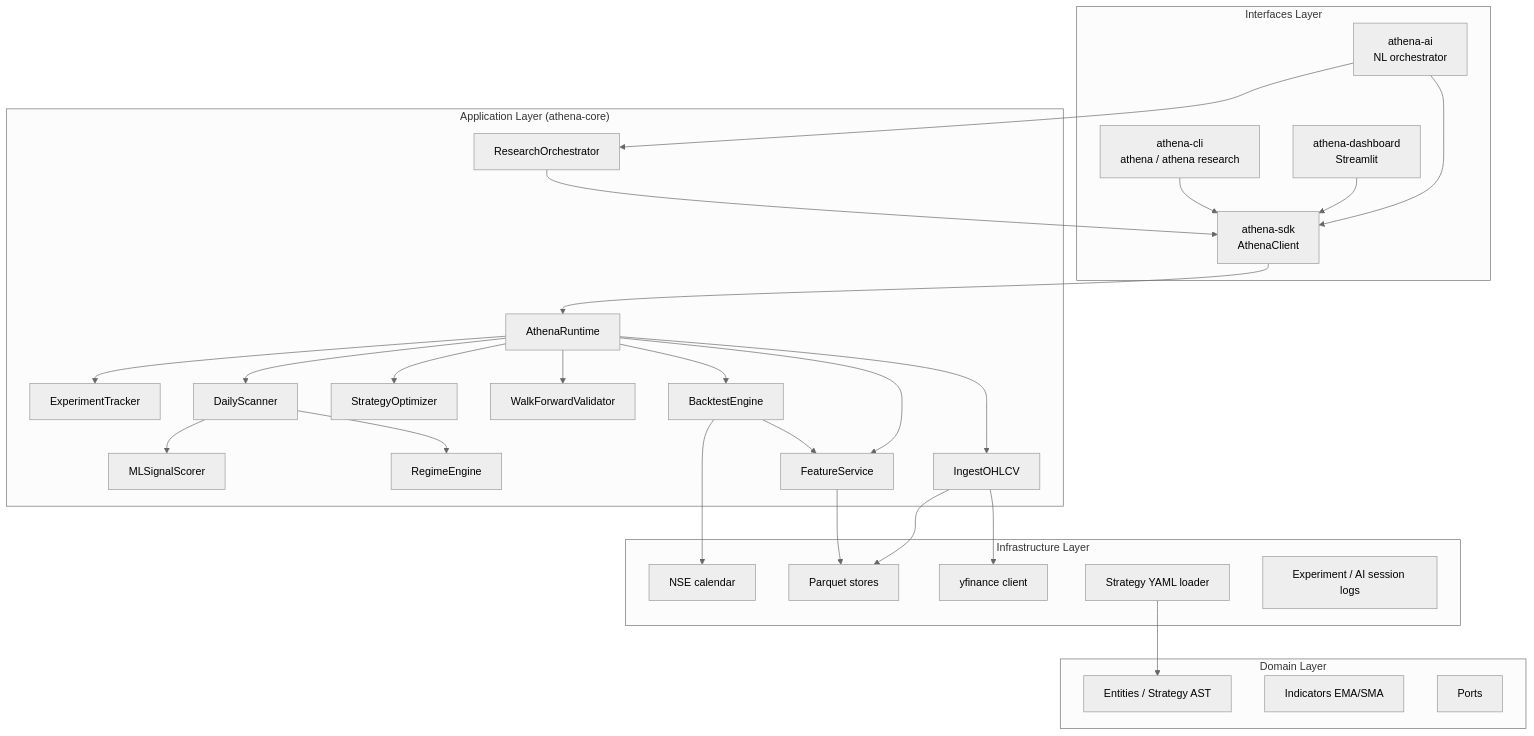
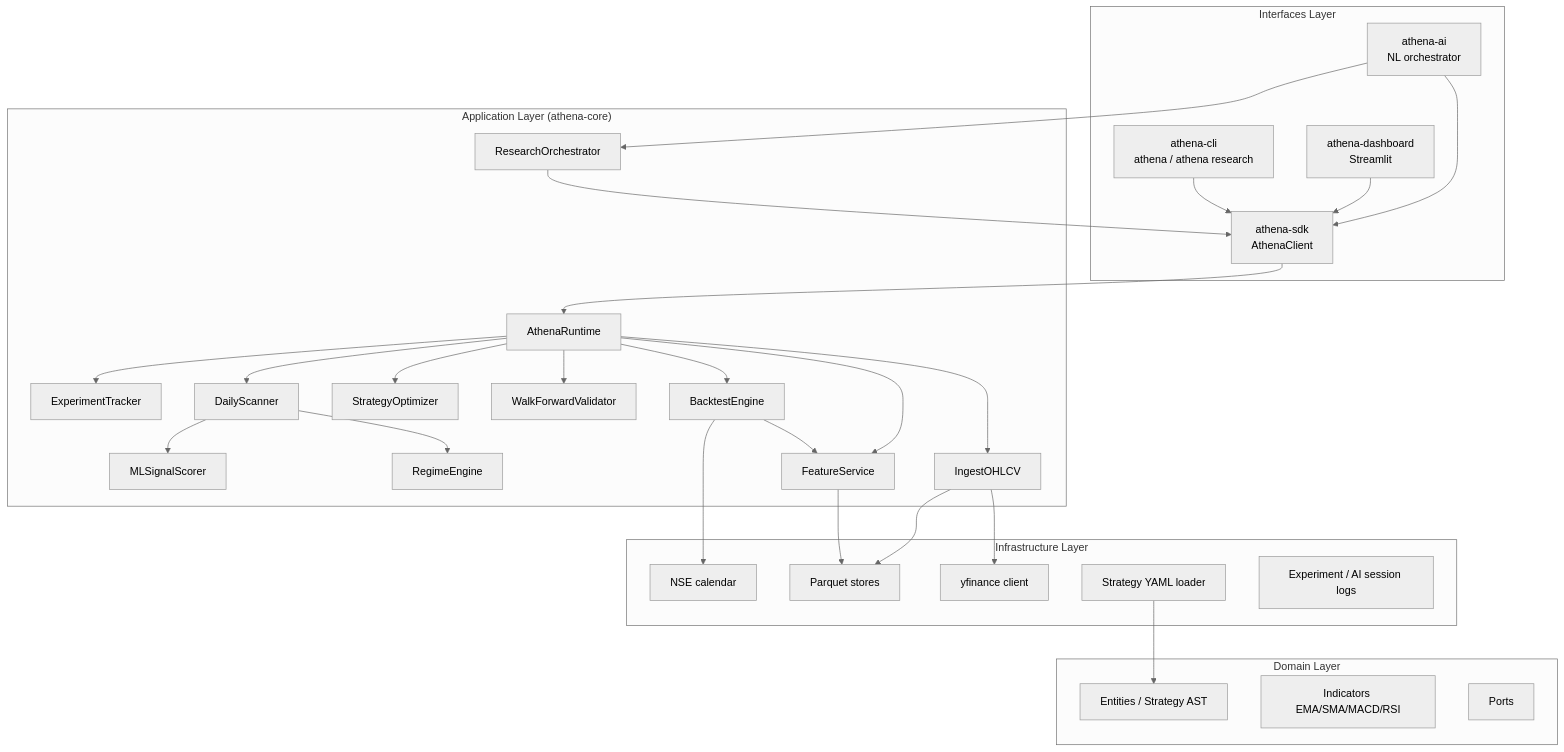
One commit to surender99/StockMarketModel changed the diagram in athena/athena-spec/PLATFORM-COMPLETE.md. Above: the diagram before and after it, drawn with Mermaid (neutral theme). The commit also changed other lines of this file and 20 other files, not shown here.

````diff
--- a/athena/athena-spec/PLATFORM-COMPLETE.md
+++ b/athena/athena-spec/PLATFORM-COMPLETE.md
@@ -61,51 +78,51 @@
 ```mermaid
 flowchart TB
     subgraph interfaces["Interfaces Layer"]
         CLI["athena-cli<br/>athena / athena research"]
         AI["athena-ai<br/>NL orchestrator"]
         DASH["athena-dashboard<br/>Streamlit"]
         SDK["athena-sdk<br/>AthenaClient"]
     end
 
     subgraph application["Application Layer (athena-core)"]
         RT["AthenaRuntime"]
         ING["IngestOHLCV"]
         FEAT["FeatureService"]
         BT["BacktestEngine"]
         WF["WalkForwardValidator"]
         OPT["StrategyOptimizer"]
         SCAN["DailyScanner"]
         REG["RegimeEngine"]
         ML["MLSignalScorer"]
         EXP["ExperimentTracker"]
         ORCH["ResearchOrchestrator"]
     end
 
     subgraph domain["Domain Layer"]
         ENT["Entities / Strategy AST"]
-        IND["Indicators EMA/SMA"]
+        IND["Indicators EMA/SMA/MACD/RSI"]
         PORTS["Ports"]
     end
 
     subgraph infrastructure["Infrastructure Layer"]
         YF["yfinance client"]
         PQ["Parquet stores"]
         NSE["NSE calendar"]
         YAML["Strategy YAML loader"]
         LOG["Experiment / AI session logs"]
     end
 
     CLI --> SDK
     AI --> SDK
     DASH --> SDK
     SDK --> RT
     AI --> ORCH
     ORCH --> SDK
     RT --> ING & FEAT & BT & WF & OPT & SCAN & EXP
     SCAN --> REG & ML
     BT --> FEAT
     ING --> YF & PQ
     FEAT --> PQ
     BT --> NSE
     YAML --> ENT
 ```
````
